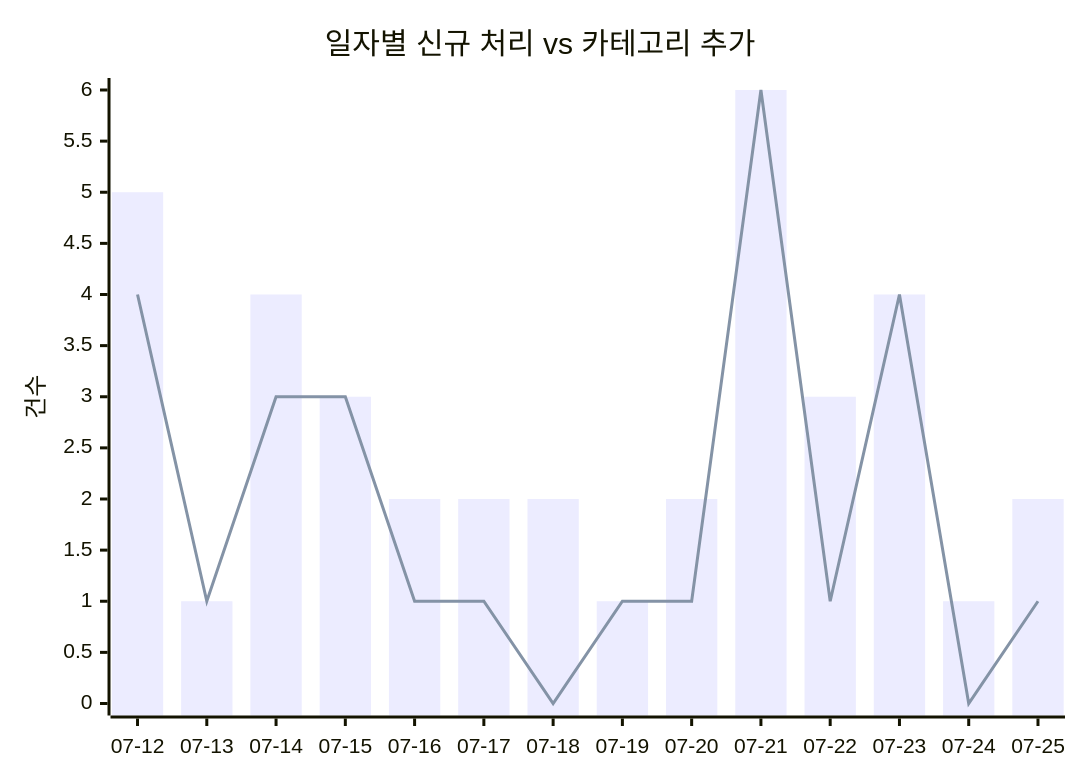
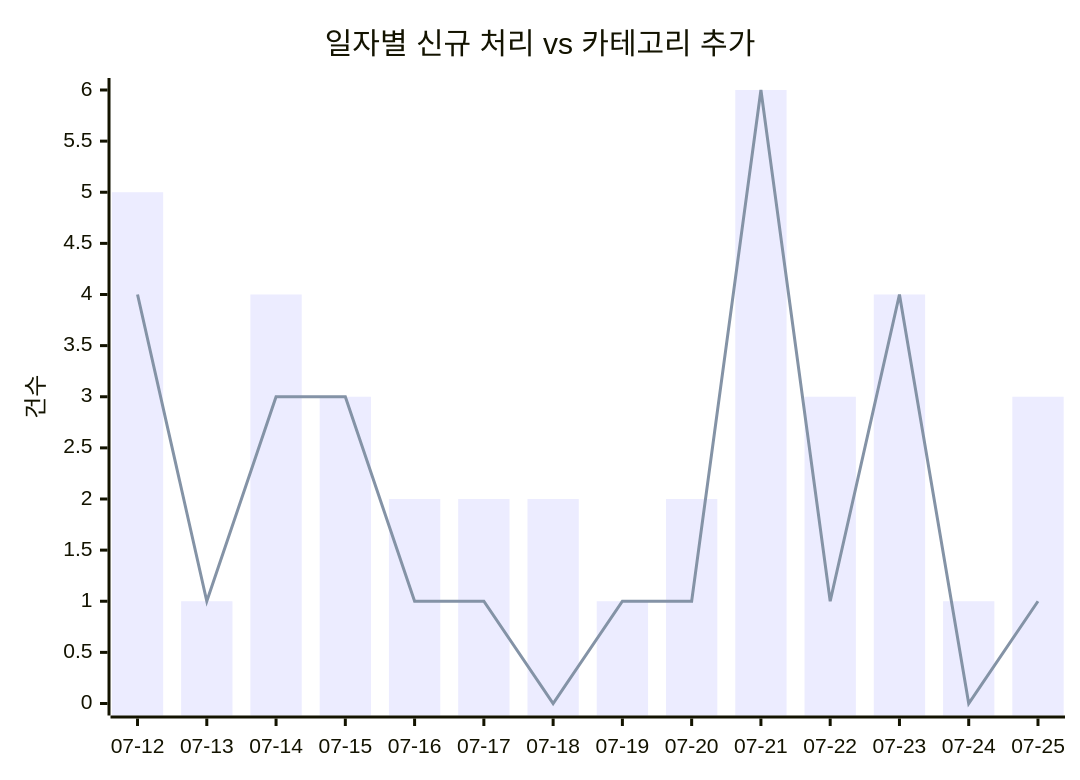
Before and after one commit to J-nowcow/awesome-korean-agent-skills: the first of 2 diagrams in docs/trends.md, drawn with Mermaid. The commit also changed other lines of this file and 2 other files, not shown here.

````diff
--- a/docs/trends.md
+++ b/docs/trends.md
@@ -32,8 +32,8 @@
 ```mermaid
 xychart-beta
     title "일자별 신규 처리 vs 카테고리 추가"
     x-axis ["07-12","07-13","07-14","07-15","07-16","07-17","07-18","07-19","07-20","07-21","07-22","07-23","07-24","07-25"]
     y-axis "건수"
-    bar [5,1,4,3,2,2,2,1,2,6,3,4,1,2]
+    bar [5,1,4,3,2,2,2,1,2,6,3,4,1,3]
     line [4,1,3,3,1,1,0,1,1,6,1,4,0,1]
 ```
````
